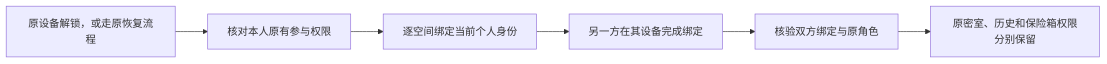
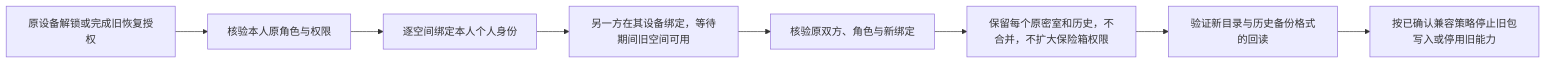
The fourth of 5 diagrams in docs/requirements/2026-10-16-personal-mnemonic-friends/flow.md (zdaiwmm/shui-IM), drawn with Mermaid before and after one commit. The commit also changed other lines of this file and 3 other files, not shown here.

````diff
--- a/docs/requirements/2026-10-16-personal-mnemonic-friends/flow.md
+++ b/docs/requirements/2026-10-16-personal-mnemonic-friends/flow.md
@@ -98,8 +94,10 @@
 ```mermaid
 flowchart LR
-  OLD[原设备解锁，或走原恢复流程] --> CHECK[核对本人原有参与权限]
-  CHECK --> BIND[逐空间绑定当前个人身份]
-  BIND --> WAIT[另一方在其设备完成绑定]
-  WAIT --> VALID[核验双方绑定与原角色]
-  VALID --> ROOM[原密室、历史和保险箱权限分别保留]
+  OLD[原设备解锁或完成旧恢复授权] --> ROLE[核验本人原角色与权限]
+  ROLE --> BIND[逐空间绑定本人个人身份]
+  BIND --> WAIT[另一方在其设备绑定，等待期间旧空间可用]
+  WAIT --> CHECK[核验原双方、角色与新绑定]
+  CHECK --> KEEP[保留每个原密室和历史，不合并，不扩大保险箱权限]
+  KEEP --> FORMAT[验证新目录与历史备份格式的回读]
+  FORMAT --> LEGACY[按已确认兼容策略停止旧包写入或停用旧能力]
 ```
````
